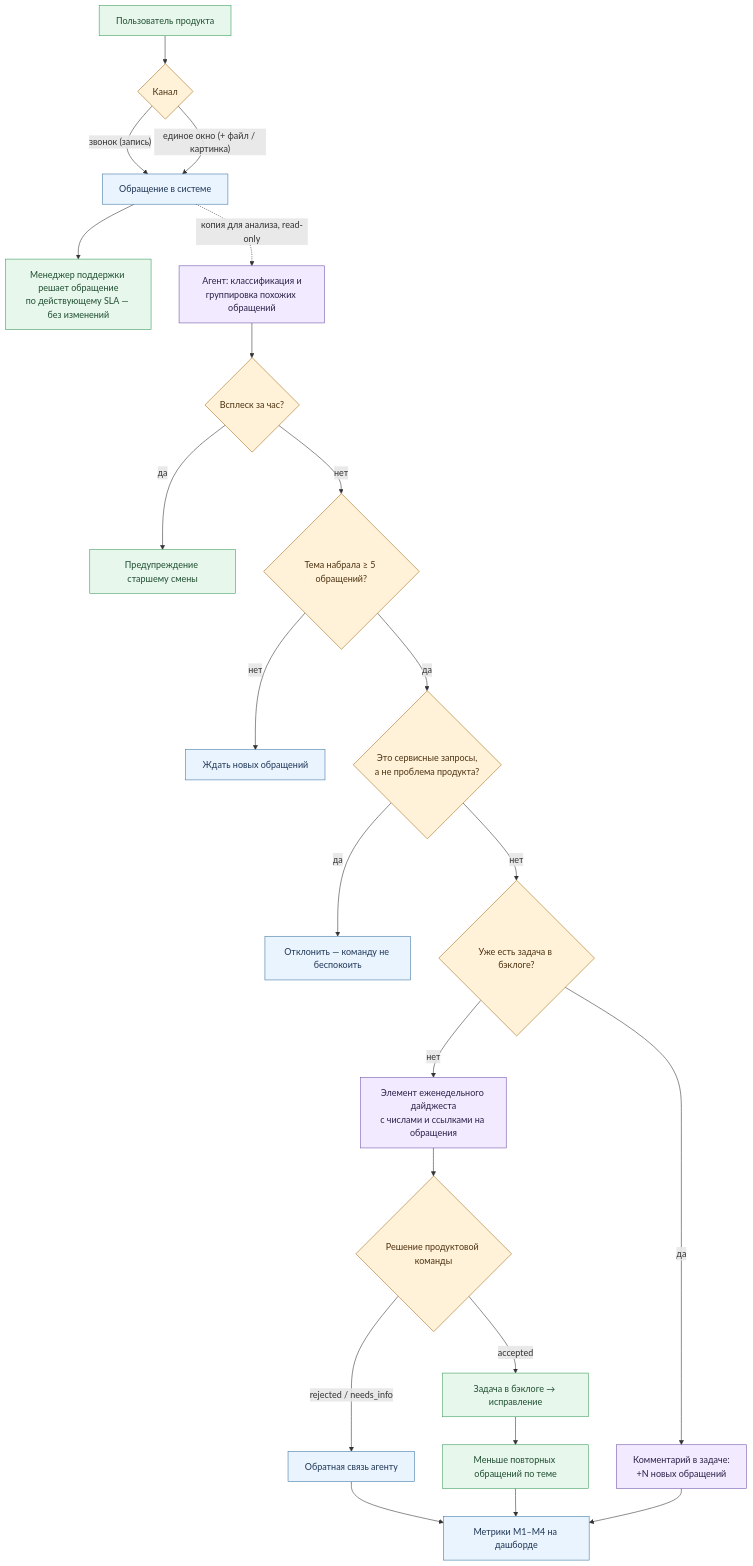
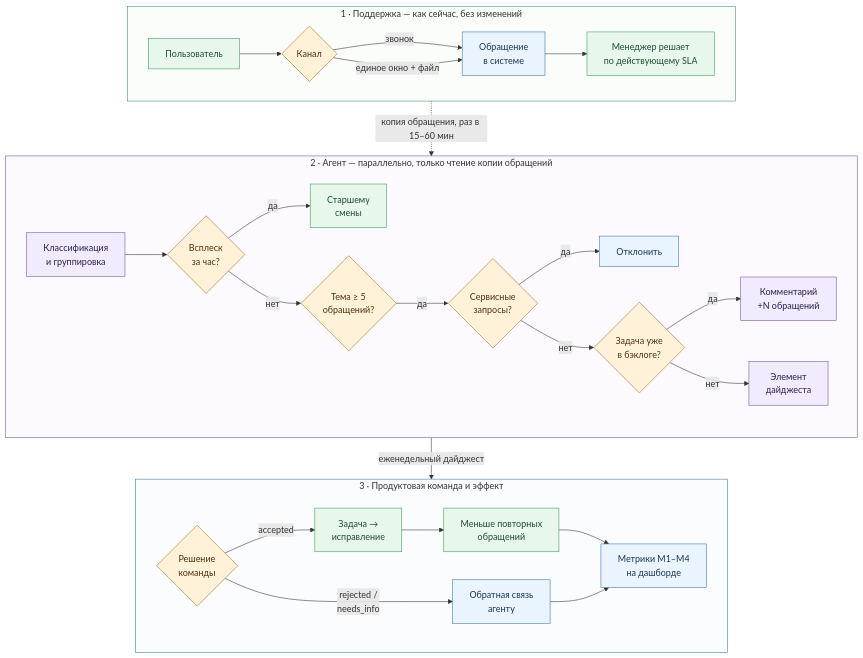
Before and after one commit to Gnod-do/ticket-triage-agent: the diagram in docs/diagrams/02-business-process.mmd, drawn with Mermaid. The commit also changed 11 other files, not shown here.

Commit message:
build(submission): DOCX/PDF exporter with 15k character check; print-friendly diagrams

```diff
--- a/docs/diagrams/02-business-process.mmd
+++ b/docs/diagrams/02-business-process.mmd
@@ -1,30 +1,41 @@
 %% Бизнес-процесс: агент работает параллельно поддержке и не добавляет ей работы
 flowchart TB
   classDef human fill:#e7f7ec,stroke:#3a9b5c,color:#1f4d30
   classDef ai fill:#f2ebff,stroke:#7151a9,color:#2b1f48
   classDef det fill:#eaf4ff,stroke:#3d76a2,color:#1e3554
   classDef dec fill:#fff2d9,stroke:#a66b17,color:#4d3210
 
-  U["Пользователь продукта"]:::human --> CH{"Канал"}:::dec
-  CH -->|"звонок (запись)"| T["Обращение в системе"]:::det
-  CH -->|"единое окно (+ файл / картинка)"| T
-  T --> S["Менеджер поддержки решает обращение<br/>по действующему SLA — без изменений"]:::human
-  T -.->|"копия для анализа, read-only"| AG["Агент: классификация и<br/>группировка похожих обращений"]:::ai
+  subgraph R1["1 · Поддержка — как сейчас, без изменений"]
+    direction LR
+    U["Пользователь"]:::human --> CH{"Канал"}:::dec
+    CH -->|"звонок"| T["Обращение<br/>в системе"]:::det
+    CH -->|"единое окно + файл"| T
+    T --> S["Менеджер решает<br/>по действующему SLA"]:::human
+  end
 
-  AG --> SP{"Всплеск за час?"}:::dec
-  SP -->|"да"| AL["Предупреждение старшему смены"]:::human
-  SP -->|"нет"| TH{"Тема набрала ≥ 5 обращений?"}:::dec
-  TH -->|"нет"| W["Ждать новых обращений"]:::det
-  TH -->|"да"| SR{"Это сервисные запросы,<br/>а не проблема продукта?"}:::dec
-  SR -->|"да"| X["Отклонить — команду не беспокоить"]:::det
-  SR -->|"нет"| BL{"Уже есть задача в бэклоге?"}:::dec
-  BL -->|"да"| CM["Комментарий в задаче:<br/>+N новых обращений"]:::ai
-  BL -->|"нет"| DG["Элемент еженедельного дайджеста<br/>с числами и ссылками на обращения"]:::ai
+  subgraph R2["2 · Агент — параллельно, только чтение копии обращений"]
+    direction LR
+    AG["Классификация<br/>и группировка"]:::ai --> SP{"Всплеск<br/>за час?"}:::dec
+    SP -->|"да"| AL["Старшему<br/>смены"]:::human
+    SP -->|"нет"| TH{"Тема ≥ 5<br/>обращений?"}:::dec
+    TH -->|"да"| SR{"Сервисные<br/>запросы?"}:::dec
+    SR -->|"да"| X["Отклонить"]:::det
+    SR -->|"нет"| BL{"Задача уже<br/>в бэклоге?"}:::dec
+    BL -->|"да"| CM["Комментарий<br/>+N обращений"]:::ai
+    BL -->|"нет"| DG["Элемент<br/>дайджеста"]:::ai
+  end
 
-  DG --> PO{"Решение продуктовой команды"}:::dec
-  PO -->|"accepted"| BK["Задача в бэклоге → исправление"]:::human
-  PO -->|"rejected / needs_info"| FB["Обратная связь агенту"]:::det
-  BK --> R["Меньше повторных обращений по теме"]:::human
-  FB --> M["Метрики M1–M4 на дашборде"]:::det
-  R --> M
-  CM --> M
+  subgraph R3["3 · Продуктовая команда и эффект"]
+    direction LR
+    PO{"Решение<br/>команды"}:::dec -->|"accepted"| BK["Задача →<br/>исправление"]:::human
+    BK --> R["Меньше повторных<br/>обращений"]:::human
+    PO -->|"rejected /<br/>needs_info"| FB["Обратная связь<br/>агенту"]:::det
+    R --> M["Метрики M1–M4<br/>на дашборде"]:::det
+    FB --> M
+  end
+
+  R1 -.->|"копия обращения, раз в 15–60 мин"| R2
+  R2 -->|"еженедельный дайджест"| R3
+  style R1 fill:#fbfdfb,stroke:#3a9b5c
+  style R2 fill:#fcfaff,stroke:#7151a9
+  style R3 fill:#fbfcfe,stroke:#3d76a2
```
